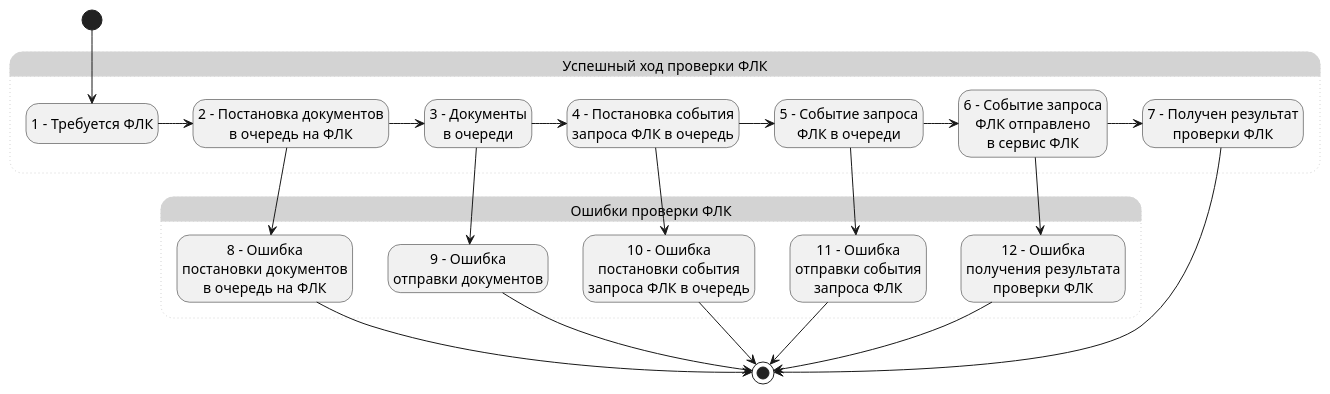
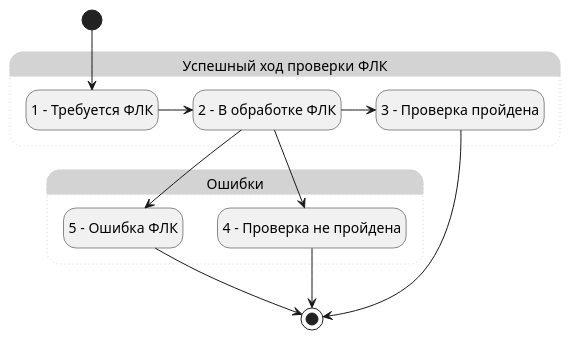
The diagram in udo_plojd_statuses_flk.puml (citpb/platform-astral-schemes), drawn with PlantUML before and after one commit.

```diff
--- a/udo_plojd_statuses_flk.puml
+++ b/udo_plojd_statuses_flk.puml
@@ -1,48 +1,27 @@
 @startuml
 hide empty description
 
 state "Успешный ход проверки ФЛК" as Saccess #LightGray;line.dotted;line:LightGray {
     state "1 - Требуется ФЛК" as State1
-    state "2 - Постановка документов\nв очередь на ФЛК" as State2
-    state "3 - Документы\nв очереди" as State3
-    state "4 - Постановка события\nзапроса ФЛК в очередь" as State4
-    state "5 - Событие запроса\nФЛК в очереди" as State5
-    state "6 - Событие запроса\nФЛК отправлено\nв сервис ФЛК" as State6
-    state "7 - Получен результат\nпроверки ФЛК" as State7
+    state "2 - В обработке ФЛК" as State2  
+    state "3 - Проверка пройдена" as State3
 }
-state "Ошибки проверки ФЛК" as Errors #LightGray;line.dotted;line:LightGray {
-    state "8 - Ошибка\nпостановки документов\nв очередь на ФЛК" as State8
-    state "9 - Ошибка\nотправки документов" as State9
-    state "10 - Ошибка\nпостановки события\nзапроса ФЛК в очередь" as State10
-    state "11 - Ошибка\nотправки события\nзапроса ФЛК" as State11
-    state "12 - Ошибка\nполучения результата\nпроверки ФЛК" as State12
+state "Ошибки" as Errors #LightGray;line.dotted;line:LightGray {
+    state "4 - Проверка не пройдена" as State4
+    state "5 - Ошибка ФЛК" as State5
 }
 
 [*] --> State1
 
 State1 -> State2
 
 State2 -> State3
-State2 --> State8
+State2 -> State4
+State2 --> State5
 
-State3 -> State4
-State3 -> State9
+State4 --> [*]
+State5 --> [*]
 
-State4 -> State5
-State4 -> State10
-
-State5 -> State6
-State5 --> State11
-
-State6 -> State7
-State6 --> State12
-
-State8 --> [*]
-State9 --> [*]
-State10 --> [*]
-State11 --> [*]
-State12 --> [*]
-
-State7 --> [*]
+State3 --> [*]
 
 @enduml
```
